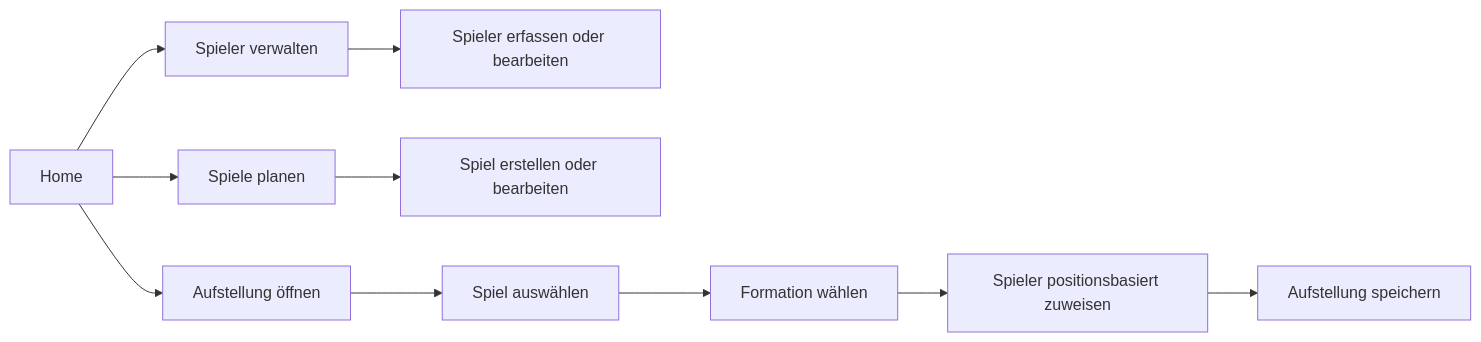
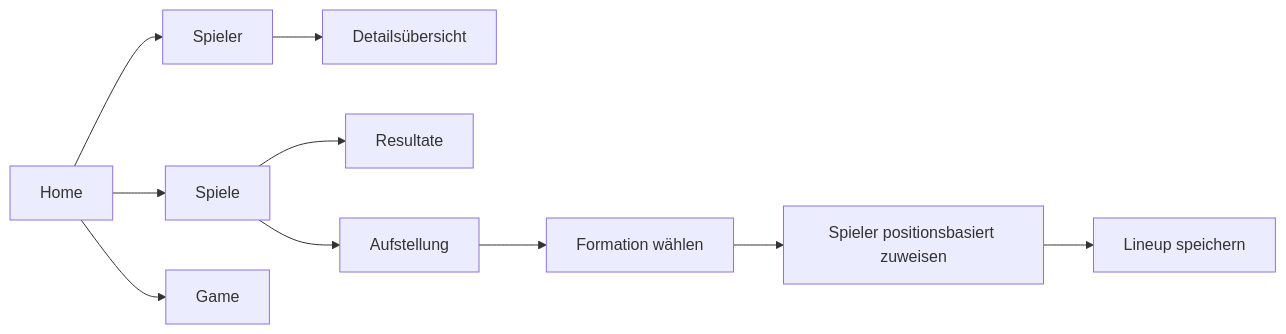
The first of 2 diagrams in README.md (kenkasha/Swiss-Nati), drawn with Mermaid before and after one commit. The commit also changed other lines of this file and 5 other files, not shown here.

````diff
--- a/README.md
+++ b/README.md
@@ -167,12 +176,12 @@
   ```mermaid
   flowchart LR
-      A[Home] --> B[Spieler verwalten]
-      A --> C[Spiele planen]
-      A --> D[Aufstellung öffnen]
-      B --> E[Spieler erfassen oder bearbeiten]
-      C --> F[Spiel erstellen oder bearbeiten]
-      D --> G[Spiel auswählen]
+      A[Home] --> B[Spieler]
+      A --> C[Spiele]
+      A --> D[Game]
+      B --> E[Detailsübersicht]
+      C --> F[Resultate]
+      C --> G[Aufstellung]
       G --> H[Formation wählen]
       H --> I[Spieler positionsbasiert zuweisen]
-      I --> J[Aufstellung speichern]
+      I --> J[Lineup speichern]
   ```
````
